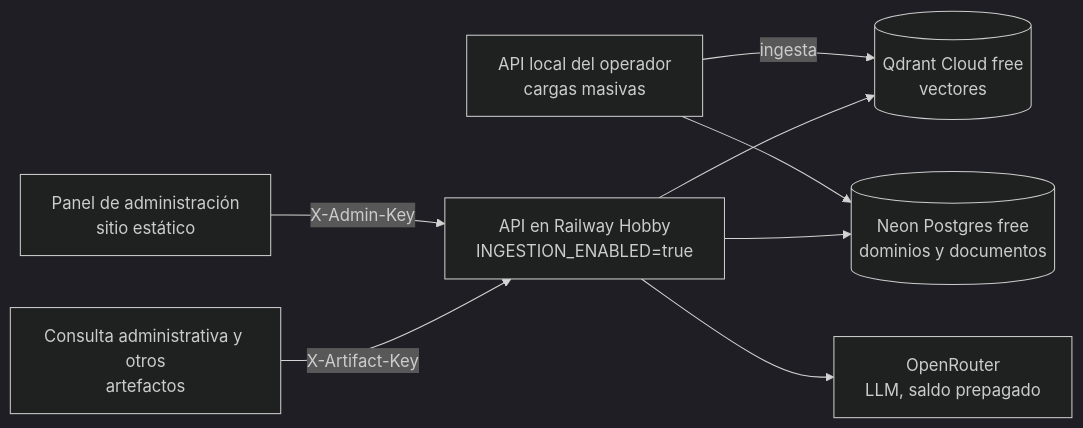
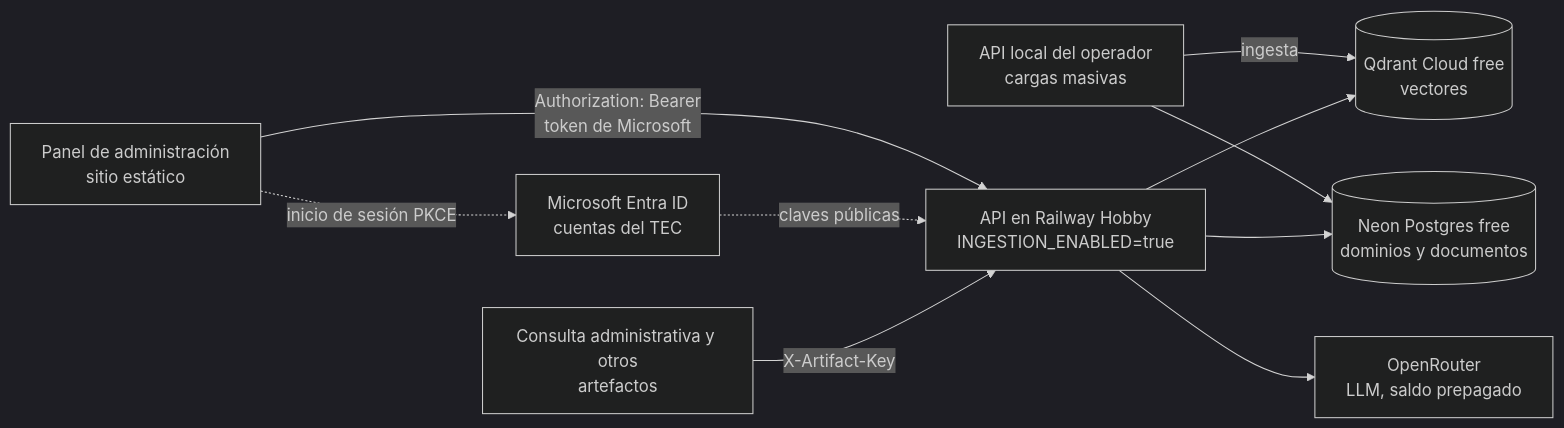
One commit to K-lobiTo/MIA changed the diagram in docs/ARQUITECTURA.md. Above: the diagram before and after it, drawn with Mermaid (dark theme). The commit also changed other lines of this file and 8 other files, not shown here.

Commit message:
Documentación del acceso con cuentas del TEC: arquitectura, operación (dar y quitar acceso, variables, orden de despliegue, cambios de TI), READMEs y quickstart con lo verificado y lo pendiente

````diff
--- a/docs/ARQUITECTURA.md
+++ b/docs/ARQUITECTURA.md
@@ -143,10 +152,12 @@
 ```mermaid
 flowchart LR
-    P[Panel de administración<br/>sitio estático] -->|X-Admin-Key| R
+    P[Panel de administración<br/>sitio estático] -->|Authorization: Bearer<br/>token de Microsoft| R
+    M[Microsoft Entra ID<br/>cuentas del TEC] -.->|claves públicas| R
+    P -.->|inicio de sesión PKCE| M
     U[Consulta administrativa y otros<br/>artefactos] -->|X-Artifact-Key| R[API en Railway Hobby<br/>INGESTION_ENABLED=true]
     L[API local del operador<br/>cargas masivas] -->|ingesta| Q
     L --> N
     R --> Q[(Qdrant Cloud free<br/>vectores)]
     R --> N[(Neon Postgres free<br/>dominios y documentos)]
     R --> G[OpenRouter<br/>LLM, saldo prepagado]
 ```
````
